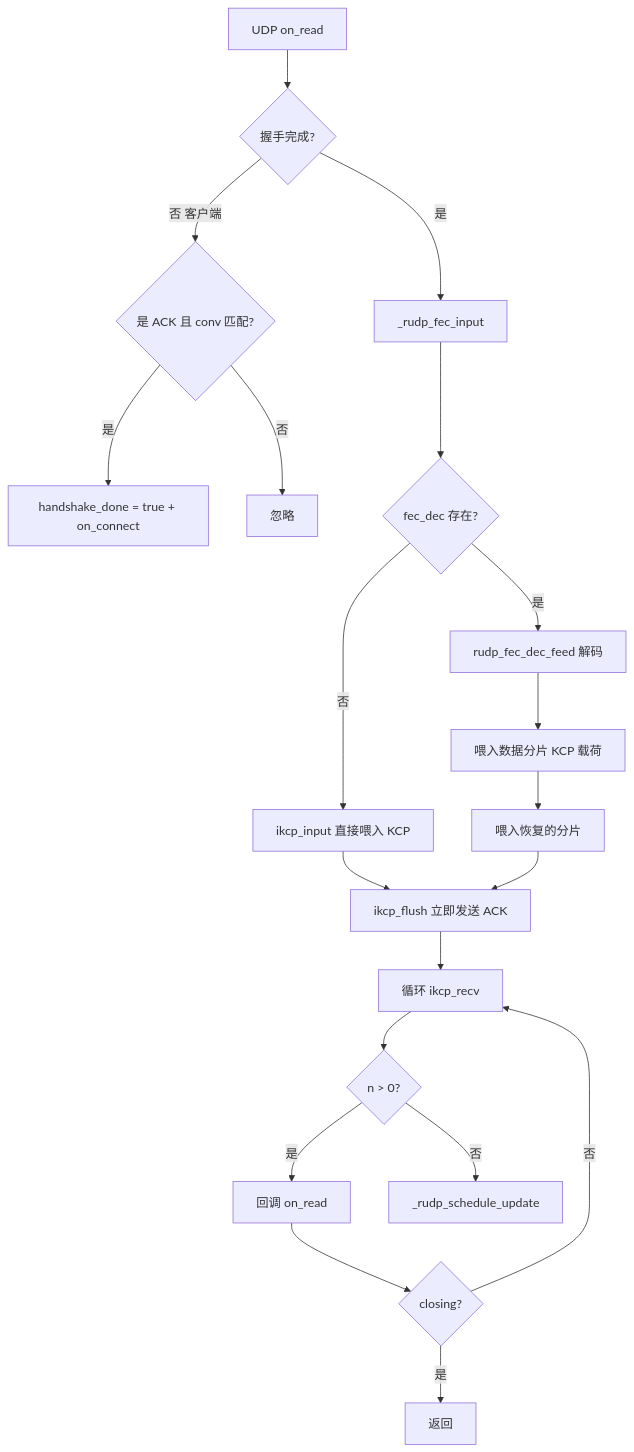
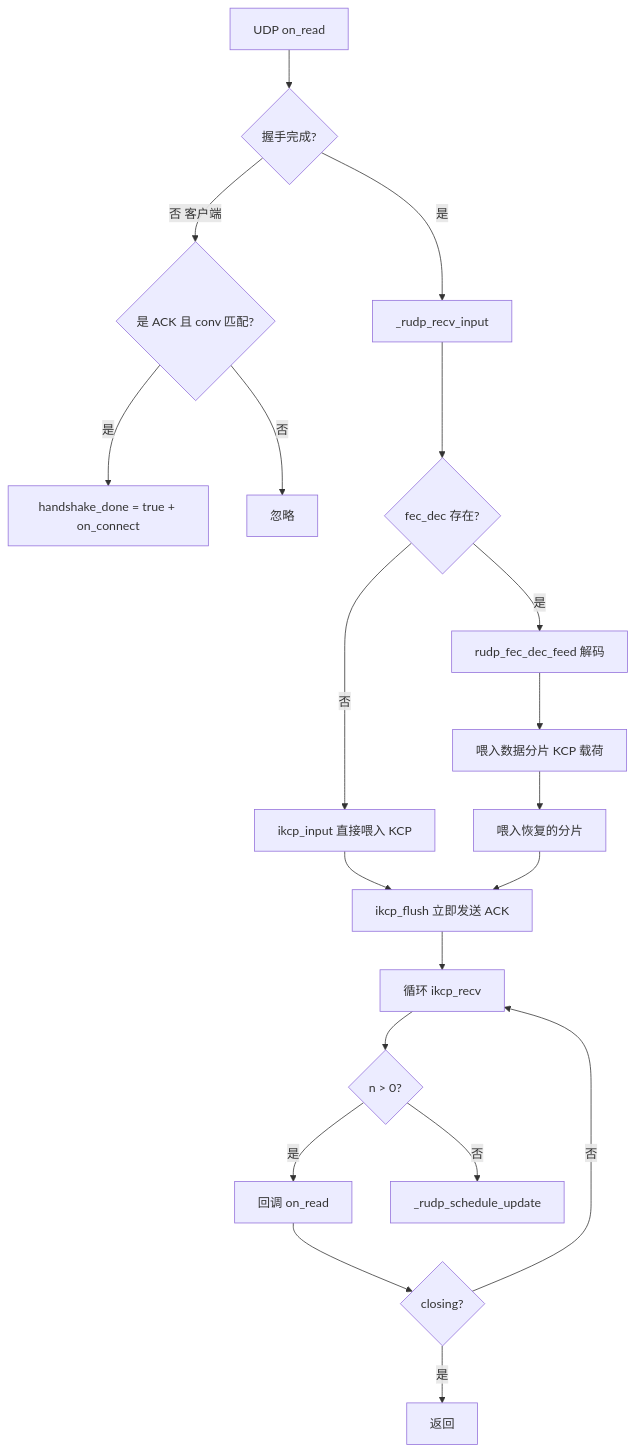
The seventh of 8 diagrams in docs/rudp-design.md (MeristemForge/Xylem), drawn with Mermaid before and after one commit. The commit also changed other lines of this file and 1 other file, not shown here.

Commit message:
docs: fix encoding issues in rudp-design and update _rudp_fec_input references

````diff
--- a/docs/rudp-design.md
+++ b/docs/rudp-design.md
@@ -437,22 +437,22 @@
 ```mermaid
 flowchart TD
     A[UDP on_read] --> B{握手完成?}
     B -->|否 客户端| C{是 ACK 且 conv 匹配?}
     C -->|是| D[handshake_done = true + on_connect]
     C -->|否| E[忽略]
-    B -->|是| F[_rudp_fec_input]
+    B -->|是| F[_rudp_recv_input]
     F --> FA{fec_dec 存在?}
     FA -->|否| FB[ikcp_input 直接喂入 KCP]
     FA -->|是| FC[rudp_fec_dec_feed 解码]
     FC --> FD[喂入数据分片 KCP 载荷]
     FD --> FE[喂入恢复的分片]
     FB --> G[ikcp_flush 立即发送 ACK]
     FE --> G
     G --> H[循环 ikcp_recv]
     H --> I{n > 0?}
     I -->|是| J[回调 on_read]
     J --> K{closing?}
     K -->|是| L[返回]
     K -->|否| H
     I -->|否| M[_rudp_schedule_update]
 ```
````
